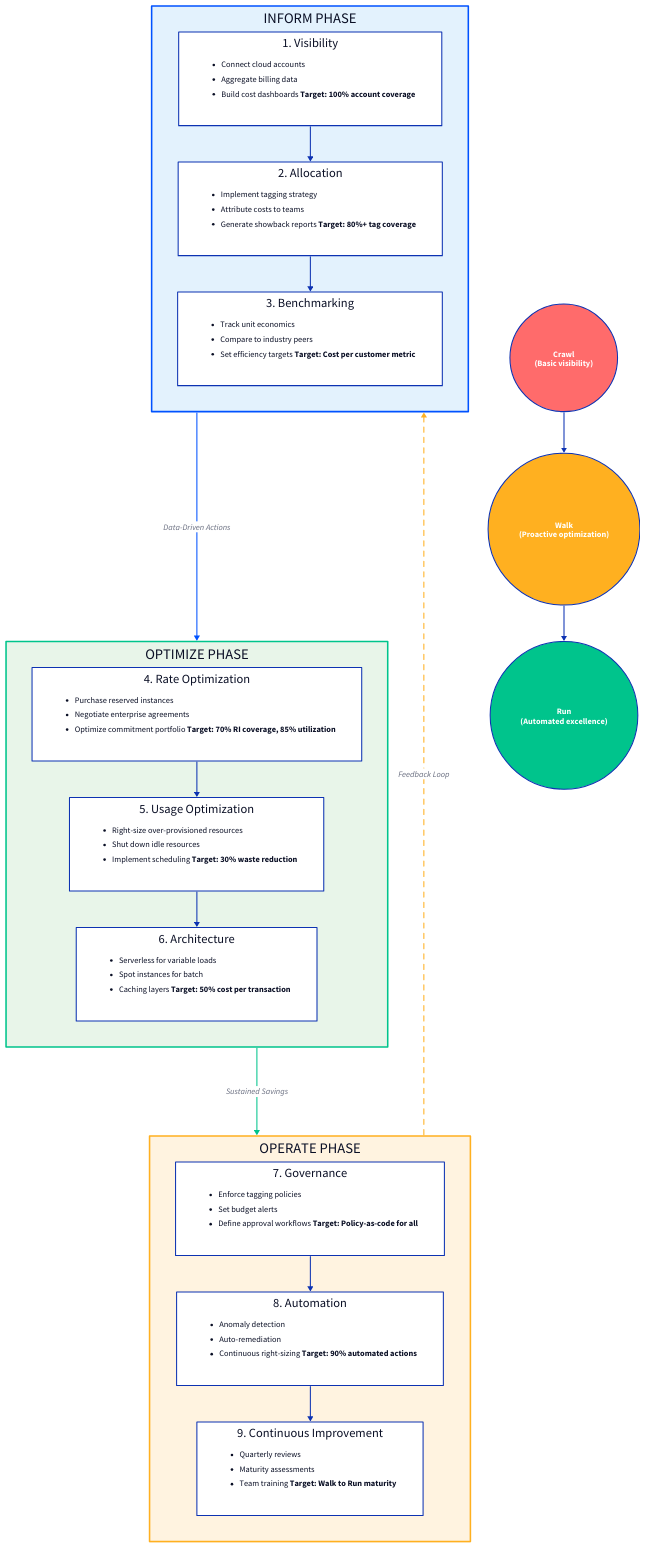
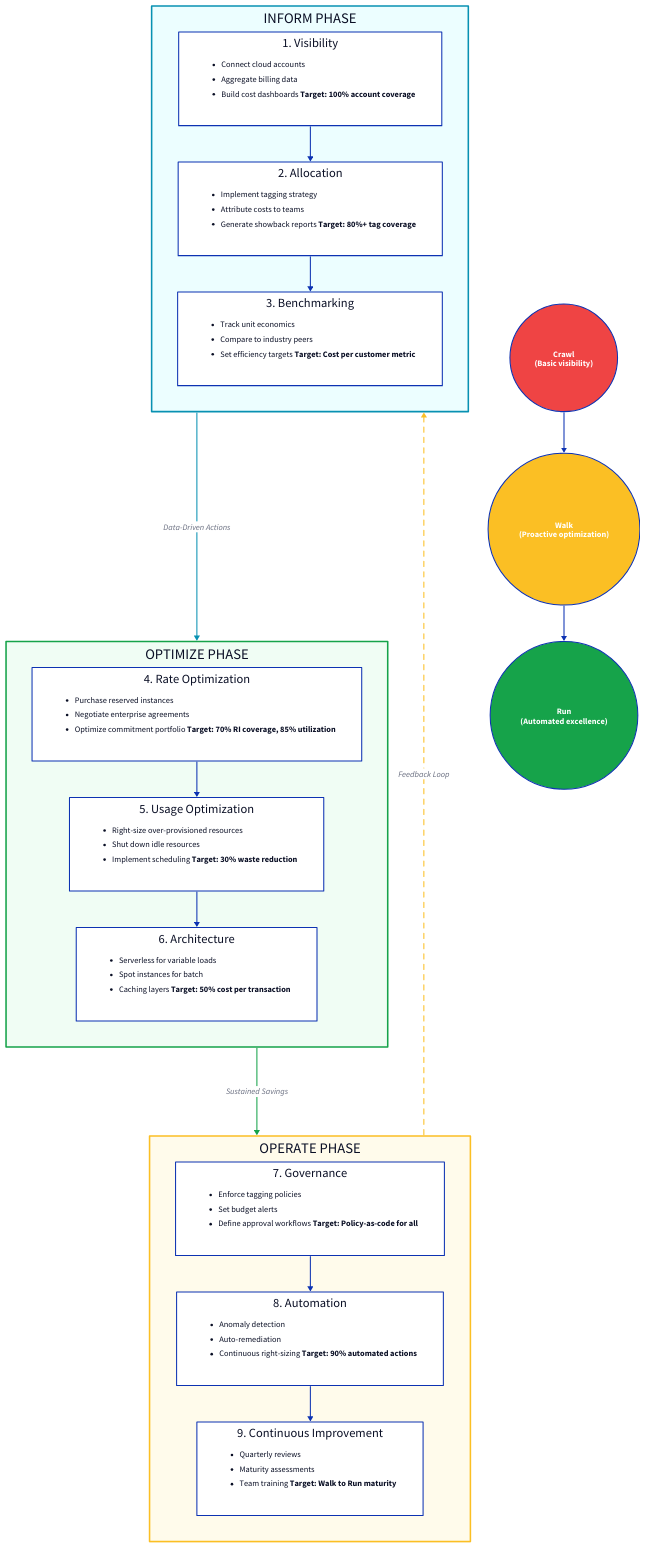
The diagram in _diagrams/templates/finops-workflow.d2 (muskanbandta23/zopebooks), drawn with D2 before and after one commit. The commit also changed 53 other files, not shown here.

```diff
--- a/_diagrams/templates/finops-workflow.d2
+++ b/_diagrams/templates/finops-workflow.d2
@@ -1,188 +1,188 @@
 # FinOps Workflow / Process Flow
 # Purpose: Show the FinOps lifecycle — Inform -> Optimize -> Operate
-# Brand: Zopdev (#0052FF primary, #00C48C success, #FFB020 warning)
+# Brand: Zopdev (#0891b2 primary, #16a34a success, #fbbf24 warning)
 
 direction: down
 
 vars: {
   d2-config: {
     layout-engine: elk
     pad: 20
   }
 }
 
 # Phase 1: Inform
 inform_phase: INFORM PHASE {
   shape: rectangle
-  style.fill: "#e3f2fd"
-  style.stroke: "#0052FF"
+  style.fill: "#ecfeff"
+  style.stroke: "#0891b2"
   style.stroke-width: 3
 
   visibility: 1. Visibility {
     shape: rectangle
     style.fill: "#ffffff"
 
     tasks: |md
       - Connect cloud accounts
       - Aggregate billing data
       - Build cost dashboards
       **Target: 100% account coverage**
     |
   }
 
   allocation: 2. Allocation {
     shape: rectangle
     style.fill: "#ffffff"
 
     tasks: |md
       - Implement tagging strategy
       - Attribute costs to teams
       - Generate showback reports
       **Target: 80%+ tag coverage**
     |
   }
 
   benchmarking: 3. Benchmarking {
     shape: rectangle
     style.fill: "#ffffff"
 
     tasks: |md
       - Track unit economics
       - Compare to industry peers
       - Set efficiency targets
       **Target: Cost per customer metric**
     |
   }
 
   visibility -> allocation -> benchmarking
 }
 
 # Phase 2: Optimize
 optimize_phase: OPTIMIZE PHASE {
   shape: rectangle
-  style.fill: "#e8f5e9"
-  style.stroke: "#00C48C"
+  style.fill: "#f0fdf4"
+  style.stroke: "#16a34a"
   style.stroke-width: 3
 
   rate: 4. Rate Optimization {
     shape: rectangle
     style.fill: "#ffffff"
 
     tasks: |md
       - Purchase reserved instances
       - Negotiate enterprise agreements
       - Optimize commitment portfolio
       **Target: 70% RI coverage, 85% utilization**
     |
   }
 
   usage: 5. Usage Optimization {
     shape: rectangle
     style.fill: "#ffffff"
 
     tasks: |md
       - Right-size over-provisioned resources
       - Shut down idle resources
       - Implement scheduling
       **Target: 30% waste reduction**
     |
   }
 
   architecture: 6. Architecture {
     shape: rectangle
     style.fill: "#ffffff"
 
     tasks: |md
       - Serverless for variable loads
       - Spot instances for batch
       - Caching layers
       **Target: 50% cost per transaction**
     |
   }
 
   rate -> usage -> architecture
 }
 
 # Phase 3: Operate
 operate_phase: OPERATE PHASE {
   shape: rectangle
-  style.fill: "#fff3e0"
-  style.stroke: "#FFB020"
+  style.fill: "#fffbeb"
+  style.stroke: "#fbbf24"
   style.stroke-width: 3
 
   governance: 7. Governance {
     shape: rectangle
     style.fill: "#ffffff"
 
     tasks: |md
       - Enforce tagging policies
       - Set budget alerts
       - Define approval workflows
       **Target: Policy-as-code for all**
     |
   }
 
   automation: 8. Automation {
     shape: rectangle
     style.fill: "#ffffff"
 
     tasks: |md
       - Anomaly detection
       - Auto-remediation
       - Continuous right-sizing
       **Target: 90% automated actions**
     |
   }
 
   improvement: 9. Continuous Improvement {
     shape: rectangle
     style.fill: "#ffffff"
 
     tasks: |md
       - Quarterly reviews
       - Maturity assessments
       - Team training
       **Target: Walk to Run maturity**
     |
   }
 
   governance -> automation -> improvement
 }
 
 # Flow between phases
 inform_phase -> optimize_phase: Data-Driven Actions {
-  style.stroke: "#0052FF"
+  style.stroke: "#0891b2"
   style.stroke-width: 2
 }
 
 optimize_phase -> operate_phase: Sustained Savings {
-  style.stroke: "#00C48C"
+  style.stroke: "#16a34a"
   style.stroke-width: 2
 }
 
 operate_phase -> inform_phase: Feedback Loop {
-  style.stroke: "#FFB020"
+  style.stroke: "#fbbf24"
   style.stroke-width: 2
   style.stroke-dash: 5
 }
 
 # Maturity indicator
 crawl: Crawl\n(Basic visibility) {
   shape: circle
-  style.fill: "#FF6B6B"
+  style.fill: "#ef4444"
   style.font-color: "#ffffff"
 }
 
 walk: Walk\n(Proactive optimization) {
   shape: circle
-  style.fill: "#FFB020"
+  style.fill: "#fbbf24"
   style.font-color: "#ffffff"
 }
 
 run: Run\n(Automated excellence) {
   shape: circle
-  style.fill: "#00C48C"
+  style.fill: "#16a34a"
   style.font-color: "#ffffff"
 }
 
 crawl -> walk -> run
```
